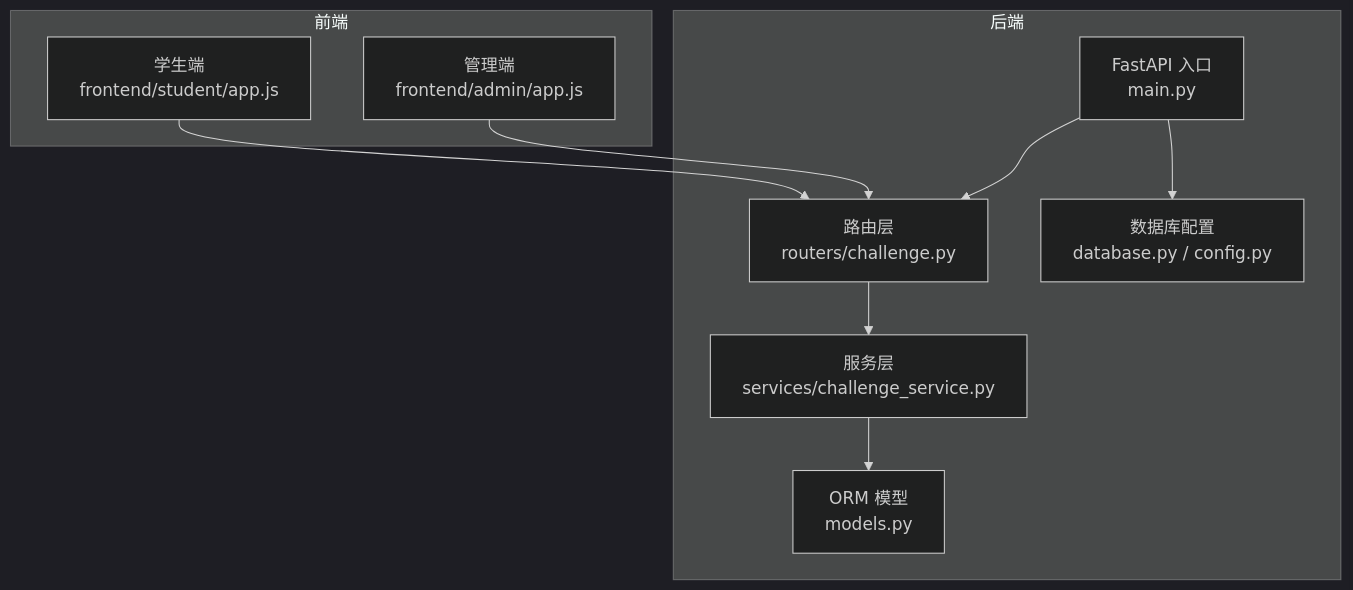
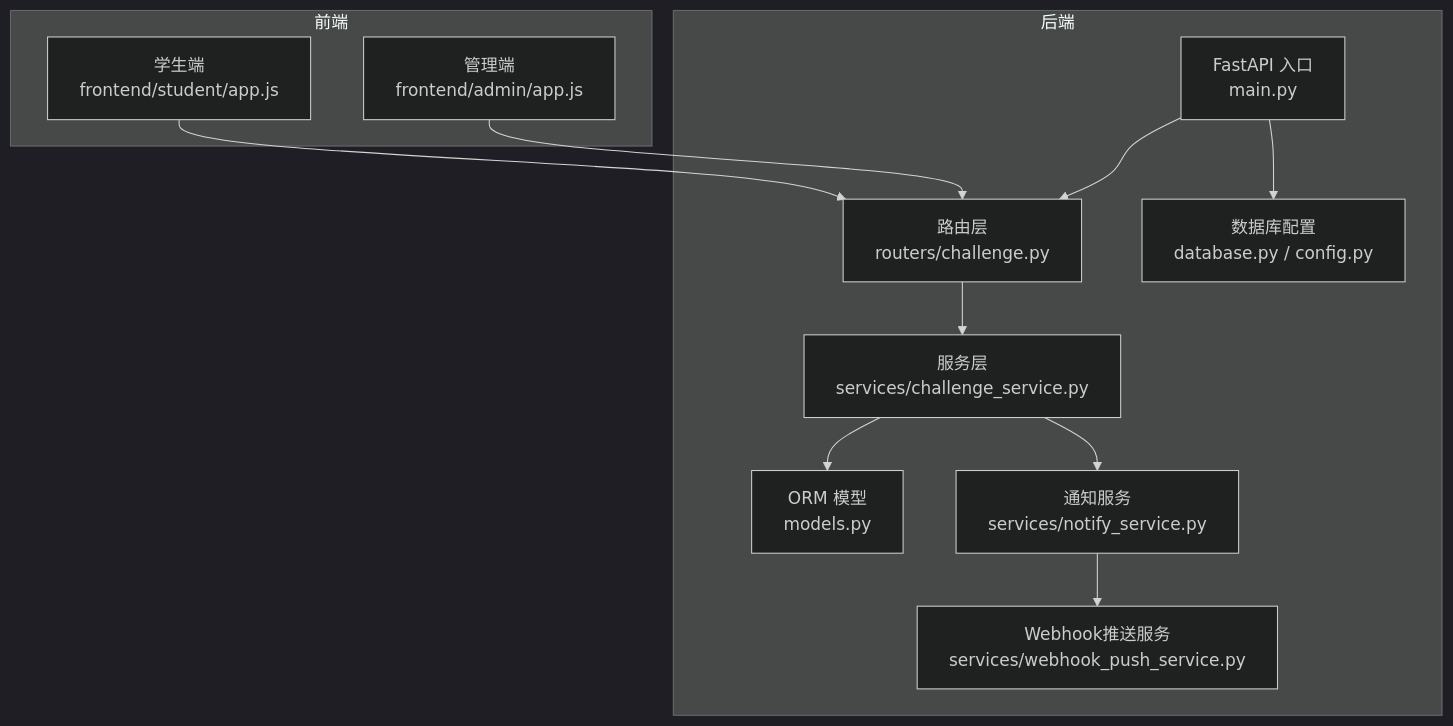
Before and after one commit to onebody/homework: the first of 10 diagrams in .qoder/repowiki/zh/content/暑假作业打卡系统/核心业务功能/挑战任务系统.md, drawn with Mermaid (dark theme). The commit also changed other lines of this file and 15 other files, not shown here.

````diff
--- a/.qoder/repowiki/zh/content/暑假作业打卡系统/核心业务功能/挑战任务系统.md
+++ b/.qoder/repowiki/zh/content/暑假作业打卡系统/核心业务功能/挑战任务系统.md
@@ -40,20 +44,24 @@
 ```mermaid
 graph TB
 subgraph "后端"
 A["FastAPI 入口<br/>main.py"]
 B["路由层<br/>routers/challenge.py"]
 C["服务层<br/>services/challenge_service.py"]
 D["ORM 模型<br/>models.py"]
 E["数据库配置<br/>database.py / config.py"]
+F["通知服务<br/>services/notify_service.py"]
+G["Webhook推送服务<br/>services/webhook_push_service.py"]
 end
 subgraph "前端"
-F["学生端<br/>frontend/student/app.js"]
-G["管理端<br/>frontend/admin/app.js"]
+H["学生端<br/>frontend/student/app.js"]
+I["管理端<br/>frontend/admin/app.js"]
 end
 A --> B
 B --> C
 C --> D
+C --> F
+F --> G
 A --> E
-F --> B
-G --> B
+H --> B
+I --> B
 ```
````
